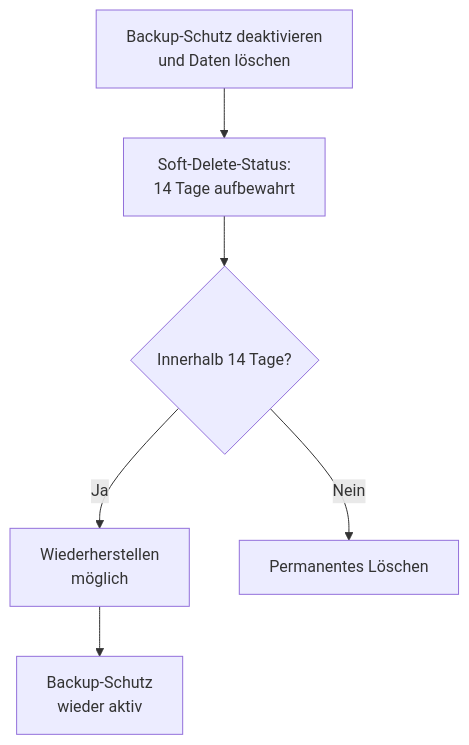
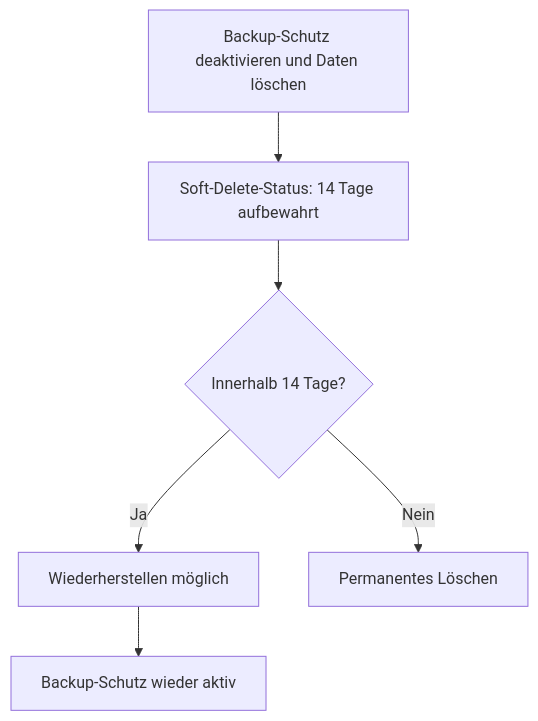
The fifth of 5 diagrams in Microsoft 365/Azure/Monitor und Management/Azure Backup.md (SoniiiT/notes-n-docs), drawn with Mermaid before and after one commit. The commit also changed other lines of this file and 124 other files, not shown here.

First line of the commit message:
fix: Entferne \n aus allen Mermaid-Diagrammen (125 Dateien)

````diff
--- a/Microsoft 365/Azure/Monitor und Management/Azure Backup.md
+++ b/Microsoft 365/Azure/Monitor und Management/Azure Backup.md
@@ -285,8 +285,8 @@
 ```mermaid
 graph TD
-    A[Backup-Schutz deaktivieren\nund Daten löschen] --> B[Soft-Delete-Status:\n14 Tage aufbewahrt]
+    A[Backup-Schutz deaktivieren und Daten löschen] --> B[Soft-Delete-Status: 14 Tage aufbewahrt]
     B --> C{Innerhalb 14 Tage?}
-    C -- Ja --> D[Wiederherstellen\nmöglich]
+    C -- Ja --> D[Wiederherstellen möglich]
     C -- Nein --> E[Permanentes Löschen]
-    D --> F[Backup-Schutz\nwieder aktiv]
+    D --> F[Backup-Schutz wieder aktiv]
 ```
````
